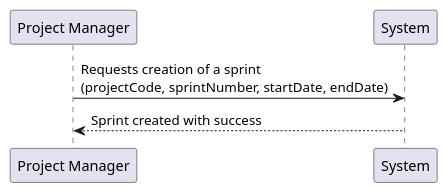
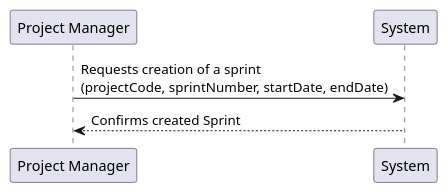
The diagram in docs/modelling_design/user_stories/us019/US019_CreateSprintSSD.puml (ivo-menezes/project_g3), drawn with PlantUML before and after one commit.

Commit message:
US019: Analysis: Corrected SSD return message.

```diff
--- a/docs/modelling_design/user_stories/us019/US019_CreateSprintSSD.puml
+++ b/docs/modelling_design/user_stories/us019/US019_CreateSprintSSD.puml
@@ -1,7 +1,7 @@
 @startuml
 
 "Project Manager" -> System: Requests creation of a sprint\n(projectCode, sprintNumber, startDate, endDate)
 '"Project Manager" <-- System: Authorization granted
 '"Project Manager"  -> System: Add user stories to be part of the sprint
-"Project Manager"  <-- System: Sprint created with success
+"Project Manager"  <-- System: Confirms created Sprint
 @enduml
```
